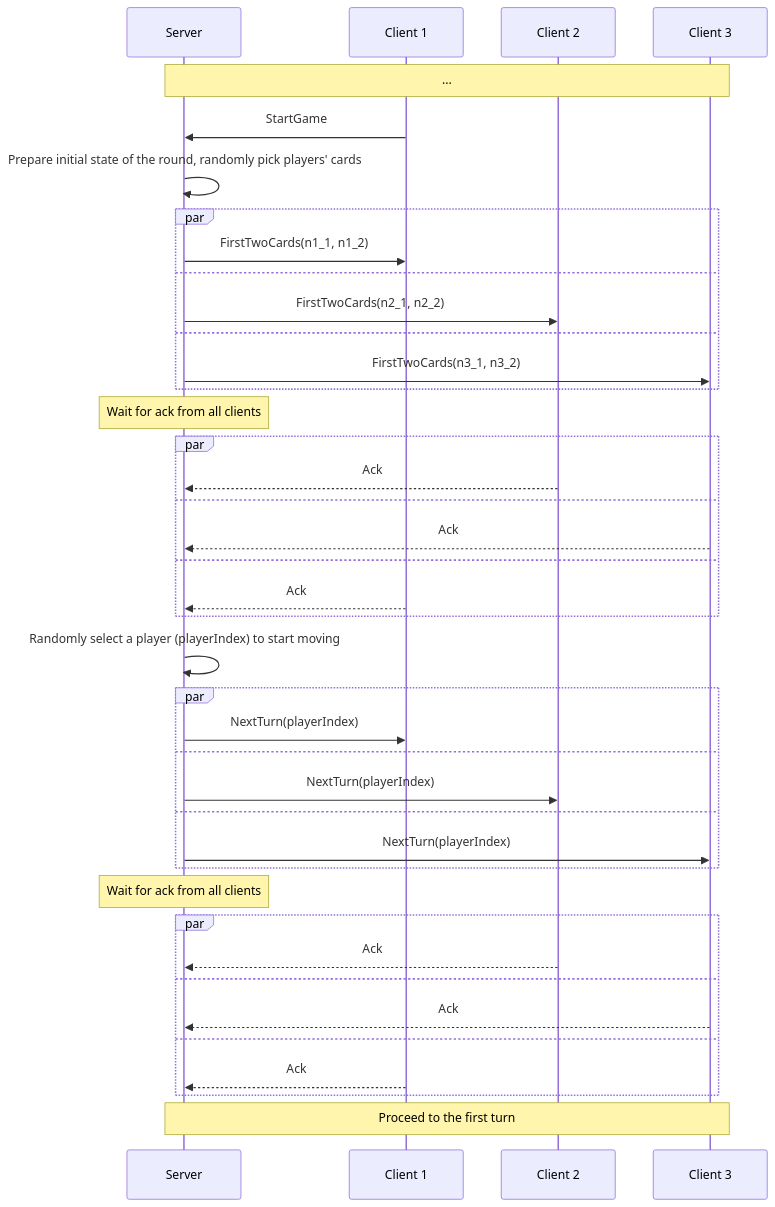
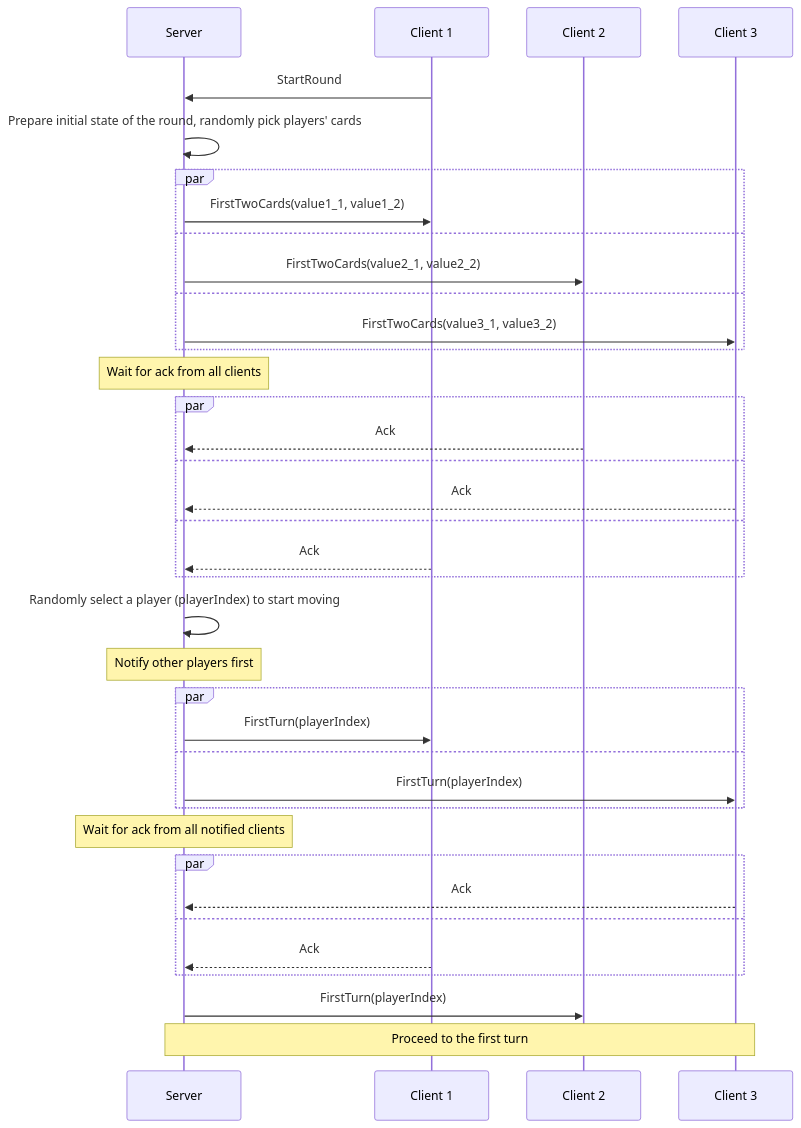
Before and after one commit to roman-zubarevich/another: the first of 4 diagrams in README.md, drawn with Mermaid. The commit also changed other lines of this file, not shown here.

````diff
--- a/README.md
+++ b/README.md
@@ -3,42 +4,39 @@
 ```mermaid
 sequenceDiagram
     participant S as Server
     participant C1 as Client 1
     participant C2 as Client 2
     participant C3 as Client 3
-    Note over S,C3: ...
-    C1->>S: StartGame
+    C1->>S: StartRound
     S->>S: Prepare initial state of the round, randomly pick players' cards
     par
-        S->>C1: FirstTwoCards(n1_1, n1_2)
+        S->>C1: FirstTwoCards(value1_1, value1_2)
     and
-        S->>C2: FirstTwoCards(n2_1, n2_2)
+        S->>C2: FirstTwoCards(value2_1, value2_2)
     and
-        S->>C3: FirstTwoCards(n3_1, n3_2)
+        S->>C3: FirstTwoCards(value3_1, value3_2)
     end
     Note over S: Wait for ack from all clients
     par
         C2-->>S: Ack
     and
         C3-->>S: Ack
     and
         C1-->>S: Ack
     end
     S->>S: Randomly select a player (playerIndex) to start moving
+    Note over S: Notify other players first
     par
-        S->>C1: NextTurn(playerIndex)
+        S->>C1: FirstTurn(playerIndex)
     and
-        S->>C2: NextTurn(playerIndex)
-    and
-        S->>C3: NextTurn(playerIndex)
+        S->>C3: FirstTurn(playerIndex)
     end
-    Note over S: Wait for ack from all clients
+    Note over S: Wait for ack from all notified clients
     par
-        C2-->>S: Ack
-    and
         C3-->>S: Ack
     and
         C1-->>S: Ack
     end
+    S->>C2: FirstTurn(playerIndex)
     Note over S,C3: Proceed to the first turn
 ```
````
